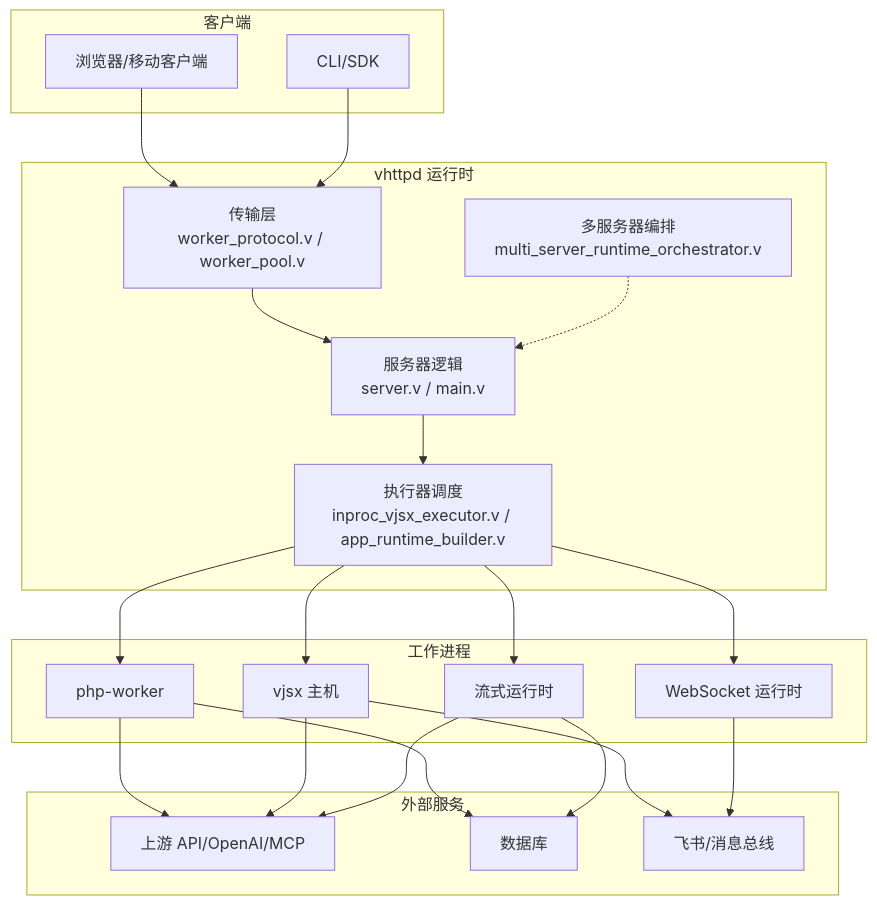
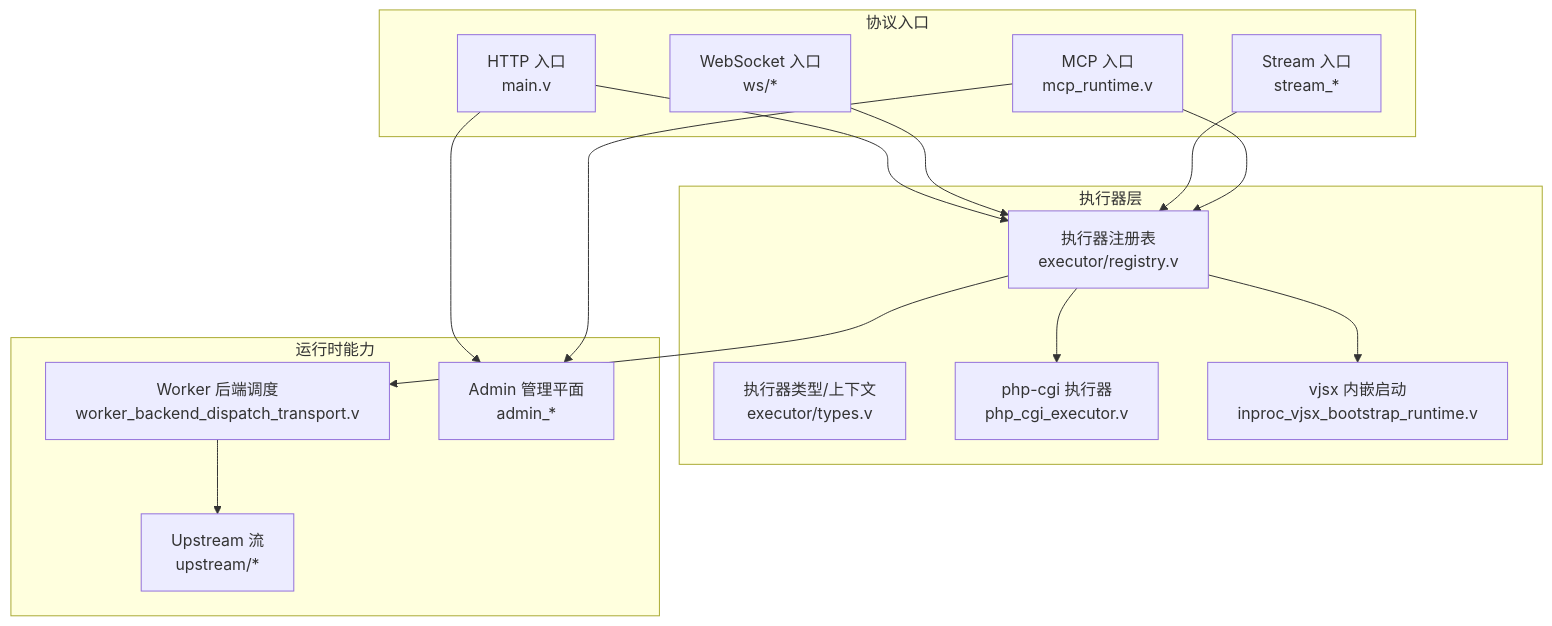
The second of 6 diagrams in .qoder/repowiki/zh/content/项目概述/项目概述.md (guweigang/vhttpd), drawn with Mermaid before and after one commit. The commit also changed other lines of this file and 697 other files, not shown here.

````diff
--- a/.qoder/repowiki/zh/content/项目概述/项目概述.md
+++ b/.qoder/repowiki/zh/content/项目概述/项目概述.md
@@ -144,40 +104,30 @@
 ```mermaid
 graph TB
-subgraph "客户端"
-C1["浏览器/移动客户端"]
-C2["CLI/SDK"]
+subgraph "协议入口"
+H["HTTP 入口<br/>main.v"]
+W["WebSocket 入口<br/>ws/*"]
+S["Stream 入口<br/>stream_*"]
+M["MCP 入口<br/>mcp_runtime.v"]
 end
-subgraph "vhttpd 运行时"
-R1["传输层<br/>worker_protocol.v / worker_pool.v"]
-R2["服务器逻辑<br/>server.v / main.v"]
-R3["执行器调度<br/>inproc_vjsx_executor.v / app_runtime_builder.v"]
-R4["多服务器编排<br/>multi_server_runtime_orchestrator.v"]
+subgraph "执行器层"
+R["执行器注册表<br/>executor/registry.v"]
+T["执行器类型/上下文<br/>executor/types.v"]
+P["php-cgi 执行器<br/>php_cgi_executor.v"]
+V["vjsx 内嵌启动<br/>inproc_vjsx_bootstrap_runtime.v"]
 end
-subgraph "工作进程"
-W1["php-worker"]
-W2["vjsx 主机"]
-W3["WebSocket 运行时"]
-W4["流式运行时"]
+subgraph "运行时能力"
+Q["Worker 后端调度<br/>worker_backend_dispatch_transport.v"]
+U["Upstream 流<br/>upstream/*"]
+A["Admin 管理平面<br/>admin_*"]
 end
-subgraph "外部服务"
-S1["上游 API/OpenAI/MCP"]
-S2["数据库"]
-S3["飞书/消息总线"]
-end
-C1 --> R1
-C2 --> R1
-R1 --> R2
-R2 --> R3
-R3 --> W1
-R3 --> W2
-R3 --> W3
-R3 --> W4
-W1 --> S1
-W1 --> S2
-W2 --> S1
-W2 --> S3
-W3 --> S3
-W4 --> S1
-W4 --> S2
-R4 -.-> R2
+H --> R
+W --> R
+S --> R
+M --> R
+R --> P
+R --> V
+R --> Q
+Q --> U
+H --> A
+M --> A
 ```
````
